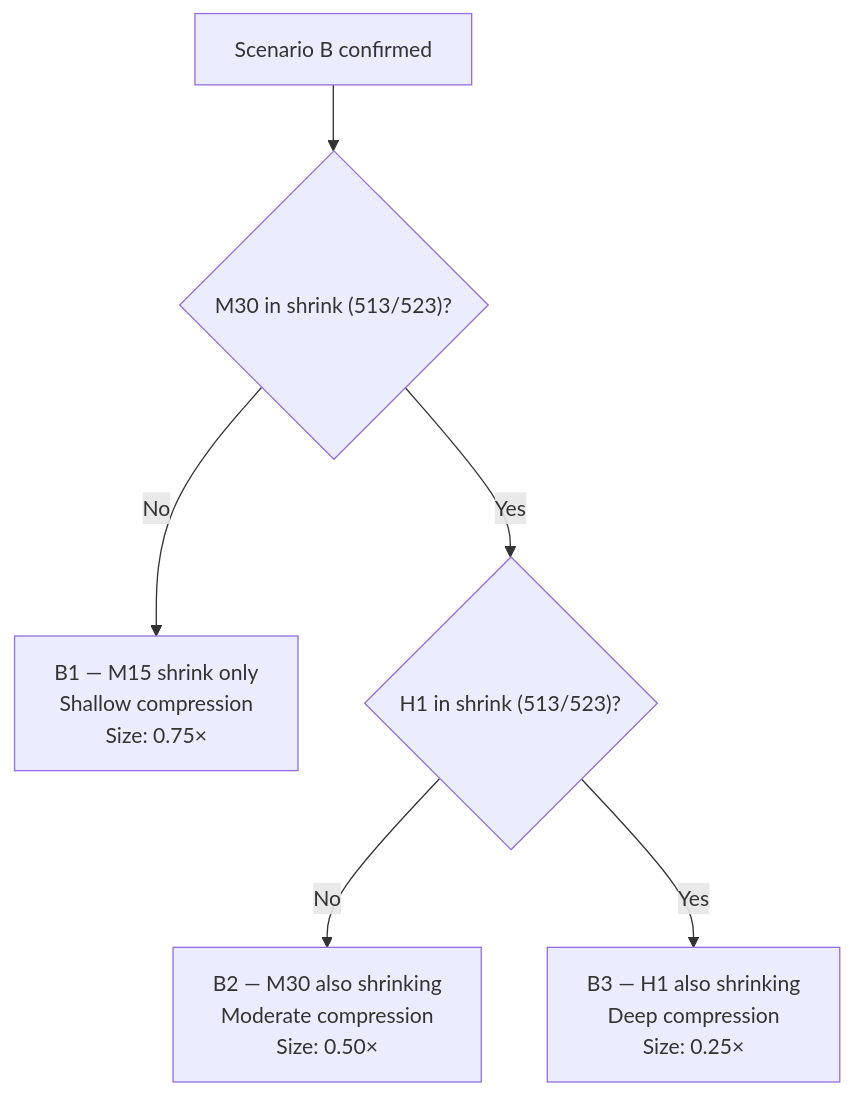
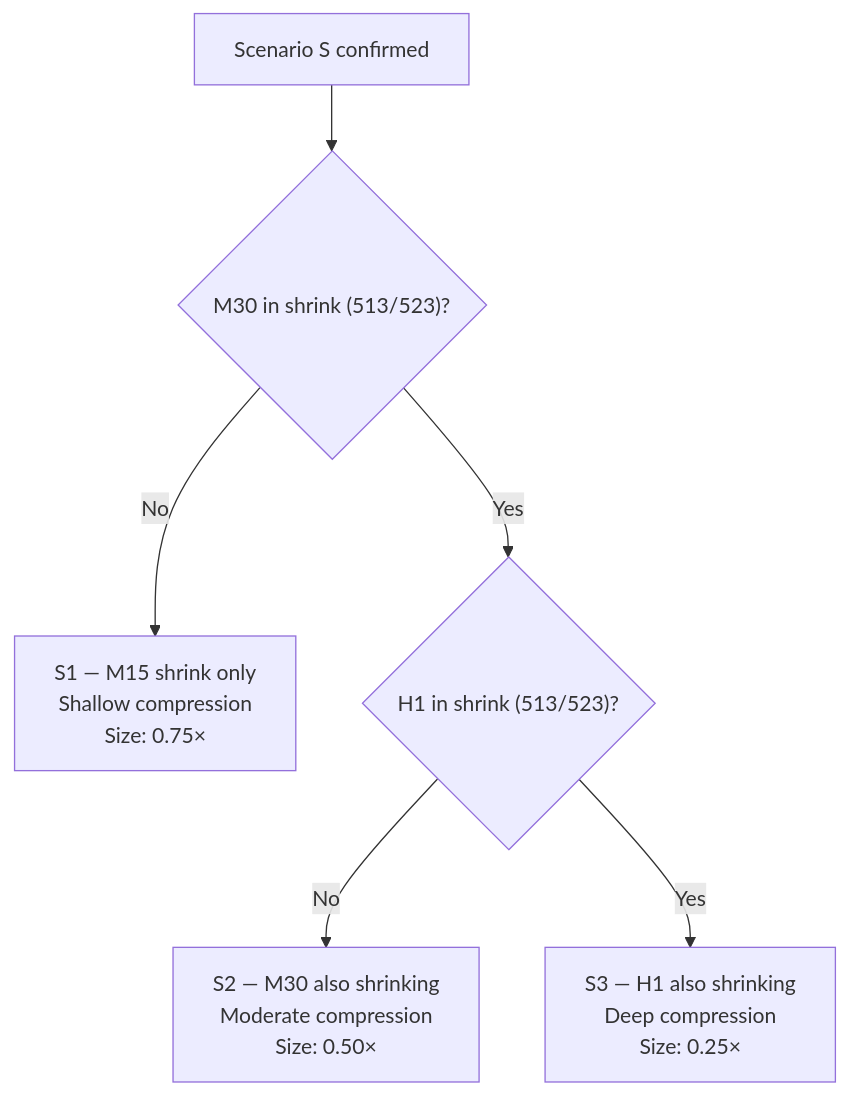
One commit to Terrypang89/BB_MTF_M15_STRATEGY changed the sixth of 17 diagrams in references/backtest_chart_analysis.md. Above: the diagram before and after it, drawn with Mermaid. The commit also changed other lines of this file and 12 other files, not shown here.

````diff
--- a/references/backtest_chart_analysis.md
+++ b/references/backtest_chart_analysis.md
@@ -1737,8 +1737,8 @@
 ```mermaid
 flowchart TD
-    A["Scenario B confirmed"] --> B{"M30 in shrink (513/523)?"}
-    B -->|No| B1s["B1 — M15 shrink only\nShallow compression\nSize: 0.75×"]
+    A["Scenario S confirmed"] --> B{"M30 in shrink (513/523)?"}
+    B -->|No| B1s["S1 — M15 shrink only\nShallow compression\nSize: 0.75×"]
     B -->|Yes| C{"H1 in shrink (513/523)?"}
-    C -->|No| B2s["B2 — M30 also shrinking\nModerate compression\nSize: 0.50×"]
-    C -->|Yes| B3s["B3 — H1 also shrinking\nDeep compression\nSize: 0.25×"]
+    C -->|No| B2s["S2 — M30 also shrinking\nModerate compression\nSize: 0.50×"]
+    C -->|Yes| B3s["S3 — H1 also shrinking\nDeep compression\nSize: 0.25×"]
 ```
````
